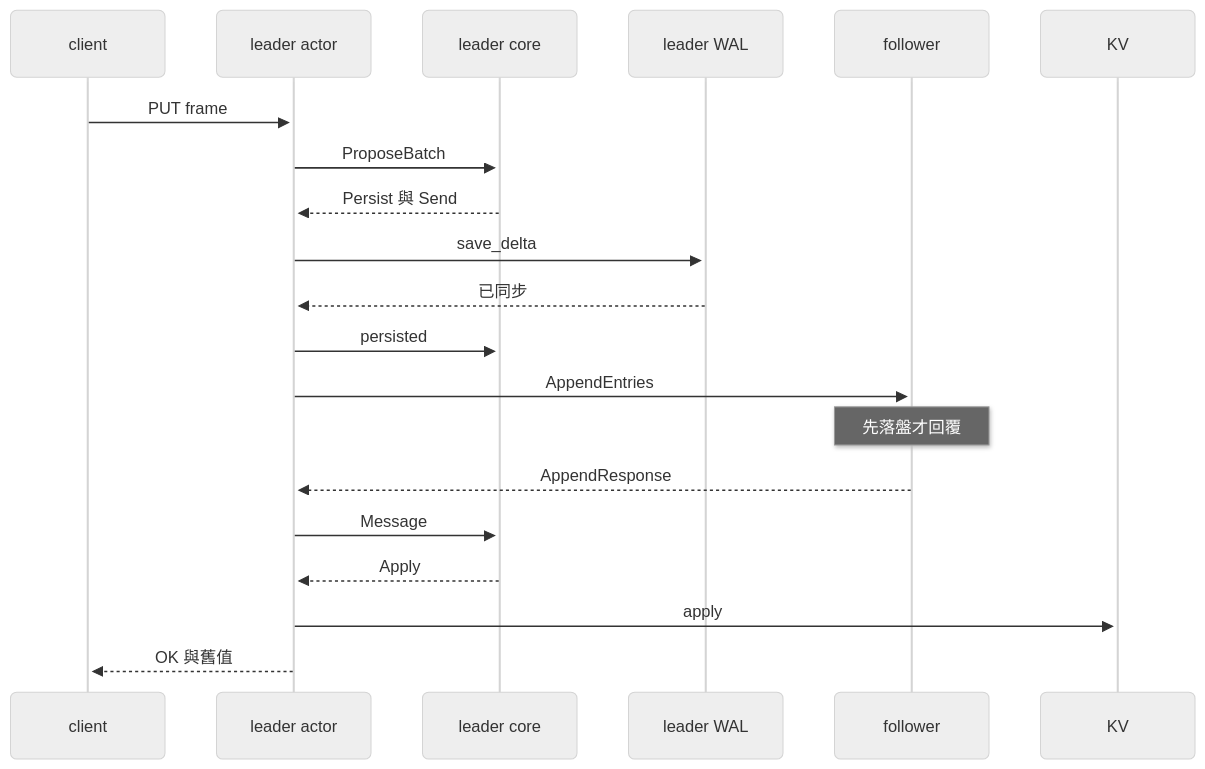
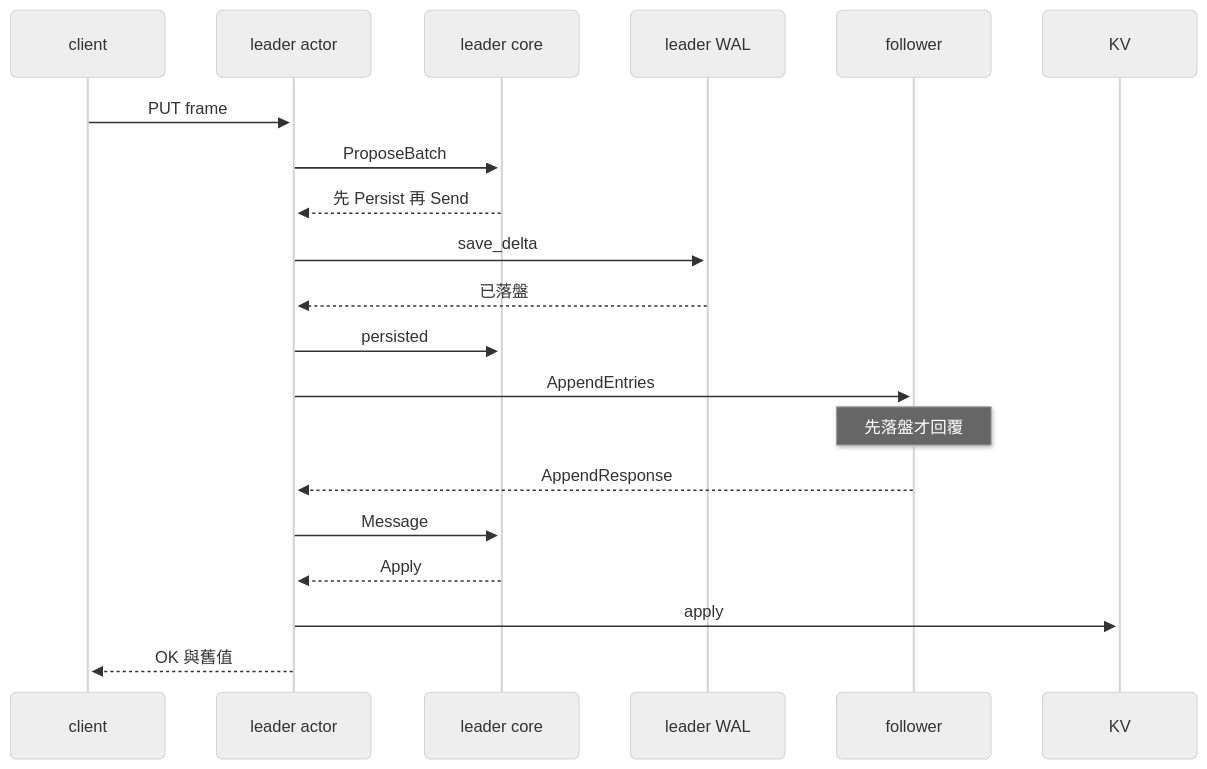
Before and after one commit to JiaChangGit/raft_kv_store: the second of 4 diagrams in docs/ARCHITECTURE.md, drawn with Mermaid (neutral theme). The commit also changed other lines of this file and 10 other files, not shown here.

````diff
--- a/docs/ARCHITECTURE.md
+++ b/docs/ARCHITECTURE.md
@@ -41,26 +41,26 @@
 ```mermaid
 ---
 config:
   look: neo
 ---
 sequenceDiagram
     participant C as client
     participant A as leader actor
     participant R as leader core
     participant W as leader WAL
     participant F as follower
     participant K as KV
     C->>A: PUT frame
     A->>R: ProposeBatch
-    R-->>A: Persist 與 Send
+    R-->>A: 先 Persist 再 Send
     A->>W: save_delta
-    W-->>A: 已同步
+    W-->>A: 已落盤
     A->>R: persisted
     A->>F: AppendEntries
     Note over F: 先落盤才回覆
     F-->>A: AppendResponse
     A->>R: Message
     R-->>A: Apply
     A->>K: apply
     A-->>C: OK 與舊值
 ```
````
